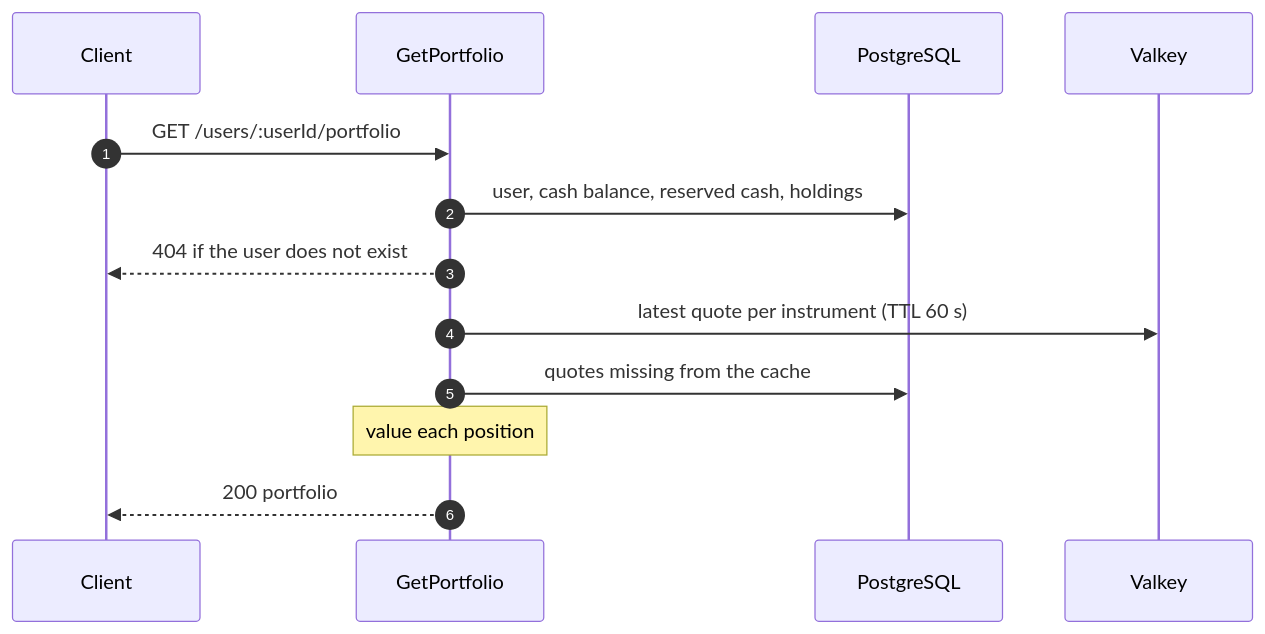
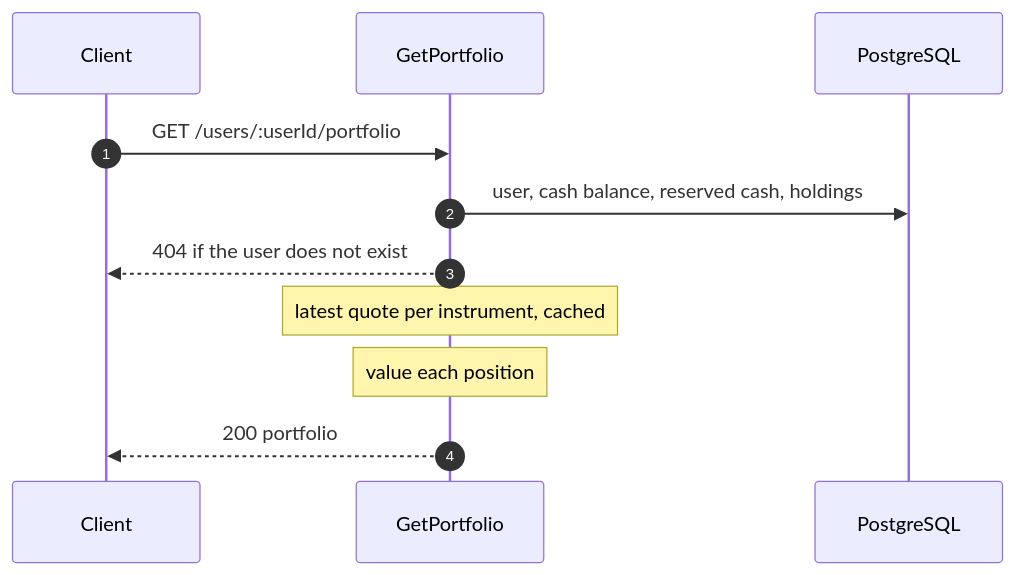
One commit to Samuel0023/cocos-challenge changed the fourth of 6 diagrams in docs/flows.md. Above: the diagram before and after it, drawn with Mermaid. The commit also changed other lines of this file and 13 other files, not shown here.

````diff
--- a/docs/flows.md
+++ b/docs/flows.md
@@ -88,15 +86,13 @@
 ```mermaid
 sequenceDiagram
   autonumber
   participant C as Client
   participant UC as GetPortfolio
   participant PG as PostgreSQL
-  participant VK as Valkey
   C->>UC: GET /users/:userId/portfolio
   UC->>PG: user, cash balance, reserved cash, holdings
   UC-->>C: 404 if the user does not exist
-  UC->>VK: latest quote per instrument (TTL 60 s)
-  UC->>PG: quotes missing from the cache
+  Note over UC: latest quote per instrument, cached
   Note over UC: value each position
   UC-->>C: 200 portfolio
 ```
````
